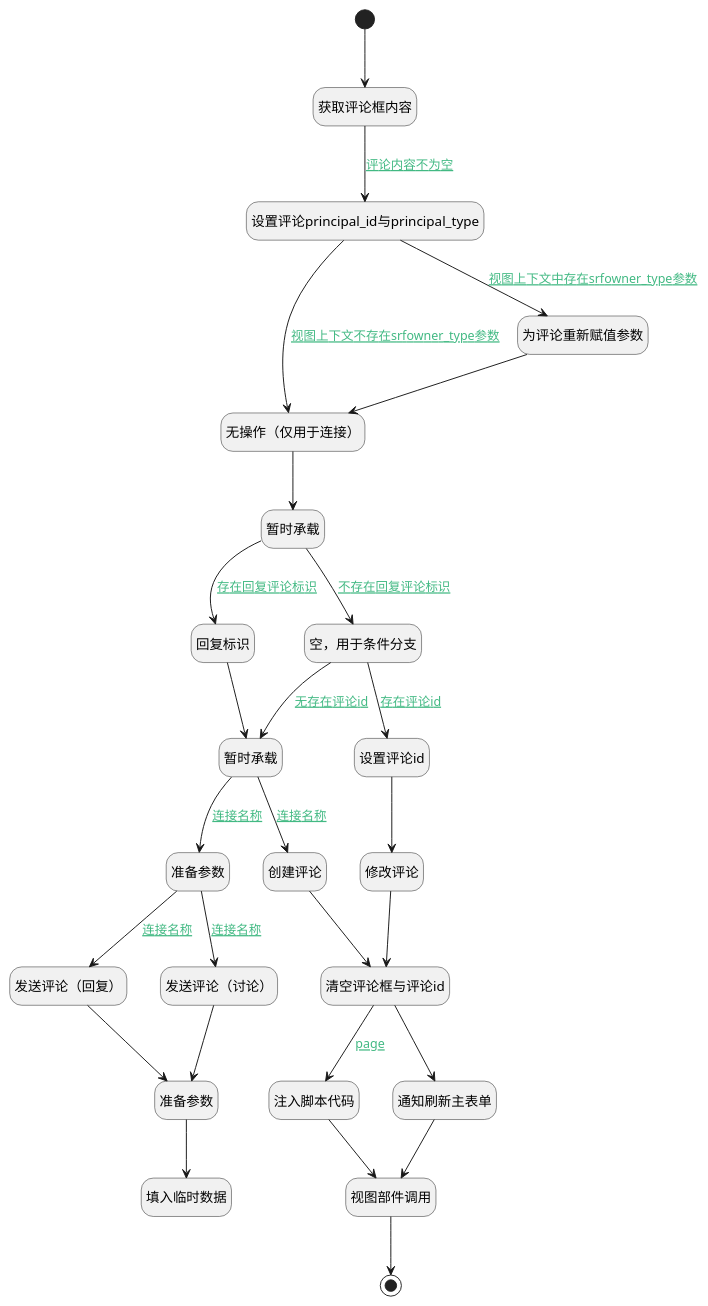
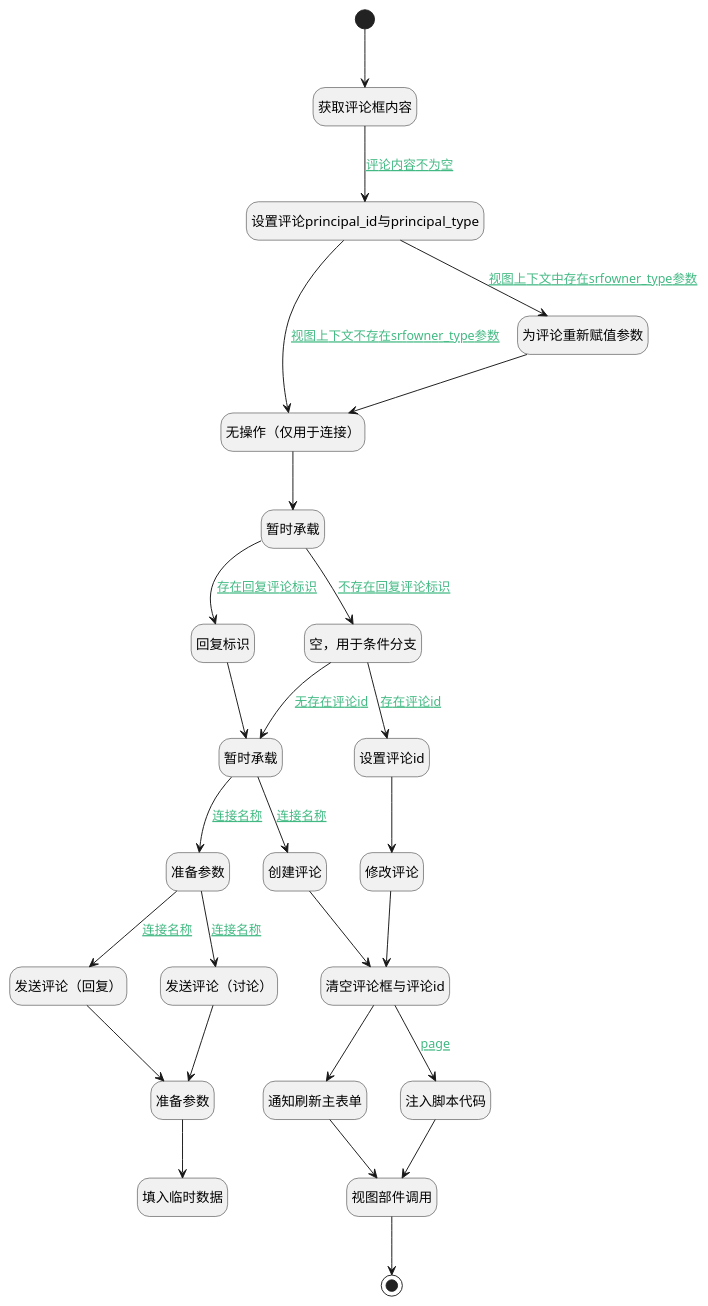
Before and after one commit to iBizLab/plm: the diagram in doc/docsify/module/Base/comment/uilogic/send_comment_mob.md, drawn with PlantUML. The commit also changed other lines of this file and 1276 other files, not shown here.

````diff
--- a/doc/docsify/module/Base/comment/uilogic/send_comment_mob.md
+++ b/doc/docsify/module/Base/comment/uilogic/send_comment_mob.md
@@ -7,64 +7,64 @@
 ```plantuml
 @startuml
 hide footbox
 <style>
 root {
   HyperlinkColor #42b983
 }
 </style>
 
 hide empty description
 state "开始" as Begin <<start>> [[$./send_comment_mob#begin {开始}]]
+state "创建评论" as DEACTION2  [[$./send_comment_mob#deaction2 {创建评论}]]
+state "准备参数" as PREPAREJSPARAM9  [[$./send_comment_mob#preparejsparam9 {准备参数}]]
+state "发送评论（讨论）" as DEACTION4  [[$./send_comment_mob#deaction4 {发送评论（讨论）}]]
+state "清空评论框与评论id" as RAWJSCODE2  [[$./send_comment_mob#rawjscode2 {清空评论框与评论id}]]
 state "发送评论（回复）" as DEACTION5  [[$./send_comment_mob#deaction5 {发送评论（回复）}]]
+state "回复标识" as PREPAREJSPARAM2  [[$./send_comment_mob#preparejsparam2 {回复标识}]]
+state "空，用于条件分支" as PREPAREJSPARAM4  [[$./send_comment_mob#preparejsparam4 {空，用于条件分支}]]
+state "修改评论" as DEACTION3  [[$./send_comment_mob#deaction3 {修改评论}]]
+state "暂时承载" as PREPAREJSPARAM8  [[$./send_comment_mob#preparejsparam8 {暂时承载}]]
 state "无操作（仅用于连接）" as PREPAREJSPARAM5  [[$./send_comment_mob#preparejsparam5 {无操作（仅用于连接）}]]
+state "设置评论principal_id与principal_type" as PREPAREJSPARAM1  [[$./send_comment_mob#preparejsparam1 {设置评论principal_id与principal_type}]]
+state "获取评论框内容" as RAWJSCODE1  [[$./send_comment_mob#rawjscode1 {获取评论框内容}]]
+state "通知刷新主表单" as RAWJSCODE5  [[$./send_comment_mob#rawjscode5 {通知刷新主表单}]]
+state "填入临时数据" as RAWJSCODE4  [[$./send_comment_mob#rawjscode4 {填入临时数据}]]
+state "注入脚本代码" as RAWJSCODE6  [[$./send_comment_mob#rawjscode6 {注入脚本代码}]]
+state "结束" as END1 <<end>> [[$./send_comment_mob#end1 {结束}]]
 state "暂时承载" as PREPAREJSPARAM7  [[$./send_comment_mob#preparejsparam7 {暂时承载}]]
-state "回复标识" as PREPAREJSPARAM2  [[$./send_comment_mob#preparejsparam2 {回复标识}]]
-state "设置评论principal_id与principal_type" as PREPAREJSPARAM1  [[$./send_comment_mob#preparejsparam1 {设置评论principal_id与principal_type}]]
 state "为评论重新赋值参数" as PREPAREJSPARAM6  [[$./send_comment_mob#preparejsparam6 {为评论重新赋值参数}]]
-state "准备参数" as PREPAREJSPARAM9  [[$./send_comment_mob#preparejsparam9 {准备参数}]]
-state "注入脚本代码" as RAWJSCODE6  [[$./send_comment_mob#rawjscode6 {注入脚本代码}]]
-state "通知刷新主表单" as RAWJSCODE5  [[$./send_comment_mob#rawjscode5 {通知刷新主表单}]]
 state "视图部件调用" as VIEWCTRLINVOKE1  [[$./send_comment_mob#viewctrlinvoke1 {视图部件调用}]]
-state "获取评论框内容" as RAWJSCODE1  [[$./send_comment_mob#rawjscode1 {获取评论框内容}]]
-state "清空评论框与评论id" as RAWJSCODE2  [[$./send_comment_mob#rawjscode2 {清空评论框与评论id}]]
-state "空，用于条件分支" as PREPAREJSPARAM4  [[$./send_comment_mob#preparejsparam4 {空，用于条件分支}]]
-state "创建评论" as DEACTION2  [[$./send_comment_mob#deaction2 {创建评论}]]
+state "设置评论id" as PREPAREJSPARAM3  [[$./send_comment_mob#preparejsparam3 {设置评论id}]]
 state "准备参数" as PREPAREJSPARAM10  [[$./send_comment_mob#preparejsparam10 {准备参数}]]
-state "设置评论id" as PREPAREJSPARAM3  [[$./send_comment_mob#preparejsparam3 {设置评论id}]]
-state "暂时承载" as PREPAREJSPARAM8  [[$./send_comment_mob#preparejsparam8 {暂时承载}]]
-state "发送评论（讨论）" as DEACTION4  [[$./send_comment_mob#deaction4 {发送评论（讨论）}]]
-state "修改评论" as DEACTION3  [[$./send_comment_mob#deaction3 {修改评论}]]
-state "填入临时数据" as RAWJSCODE4  [[$./send_comment_mob#rawjscode4 {填入临时数据}]]
-state "结束" as END1 <<end>> [[$./send_comment_mob#end1 {结束}]]
 
 
 Begin --> RAWJSCODE1
 RAWJSCODE1 --> PREPAREJSPARAM1 : [[$./send_comment_mob#rawjscode1-preparejsparam1{评论内容不为空} 评论内容不为空]]
 PREPAREJSPARAM1 --> PREPAREJSPARAM6 : [[$./send_comment_mob#preparejsparam1-preparejsparam6{视图上下文中存在srfowner_type参数} 视图上下文中存在srfowner_type参数]]
 PREPAREJSPARAM6 --> PREPAREJSPARAM5
 PREPAREJSPARAM5 --> PREPAREJSPARAM7
 PREPAREJSPARAM7 --> PREPAREJSPARAM4 : [[$./send_comment_mob#preparejsparam7-preparejsparam4{不存在回复评论标识} 不存在回复评论标识]]
 PREPAREJSPARAM4 --> PREPAREJSPARAM8 : [[$./send_comment_mob#preparejsparam4-preparejsparam8{无存在评论id} 无存在评论id]]
 PREPAREJSPARAM8 --> DEACTION2 : [[$./send_comment_mob#preparejsparam8-deaction2{连接名称} 连接名称]]
 DEACTION2 --> RAWJSCODE2
 RAWJSCODE2 --> RAWJSCODE6 : [[$./send_comment_mob#rawjscode2-rawjscode6{page} page]]
 RAWJSCODE6 --> VIEWCTRLINVOKE1
 VIEWCTRLINVOKE1 --> END1
 RAWJSCODE2 --> RAWJSCODE5
 RAWJSCODE5 --> VIEWCTRLINVOKE1
 PREPAREJSPARAM8 --> PREPAREJSPARAM9 : [[$./send_comment_mob#preparejsparam8-preparejsparam9{连接名称} 连接名称]]
 PREPAREJSPARAM9 --> DEACTION4 : [[$./send_comment_mob#preparejsparam9-deaction4{连接名称} 连接名称]]
 DEACTION4 --> PREPAREJSPARAM10
 PREPAREJSPARAM10 --> RAWJSCODE4
 PREPAREJSPARAM9 --> DEACTION5 : [[$./send_comment_mob#preparejsparam9-deaction5{连接名称} 连接名称]]
 DEACTION5 --> PREPAREJSPARAM10
 PREPAREJSPARAM4 --> PREPAREJSPARAM3 : [[$./send_comment_mob#preparejsparam4-preparejsparam3{存在评论id} 存在评论id]]
 PREPAREJSPARAM3 --> DEACTION3
 DEACTION3 --> RAWJSCODE2
 PREPAREJSPARAM7 --> PREPAREJSPARAM2 : [[$./send_comment_mob#preparejsparam7-preparejsparam2{存在回复评论标识} 存在回复评论标识]]
 PREPAREJSPARAM2 --> PREPAREJSPARAM8
 PREPAREJSPARAM1 --> PREPAREJSPARAM5 : [[$./send_comment_mob#preparejsparam1-preparejsparam5{视图上下文不存在srfowner_type参数} 视图上下文不存在srfowner_type参数]]
 
 
 @enduml
 ```
````
